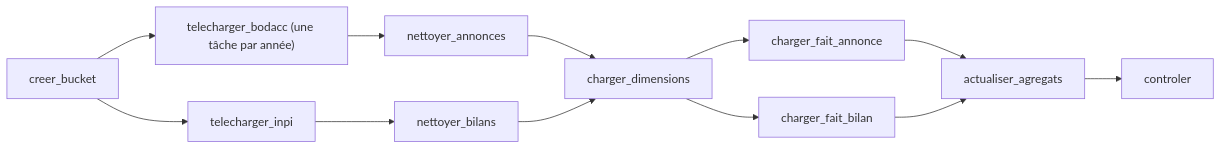
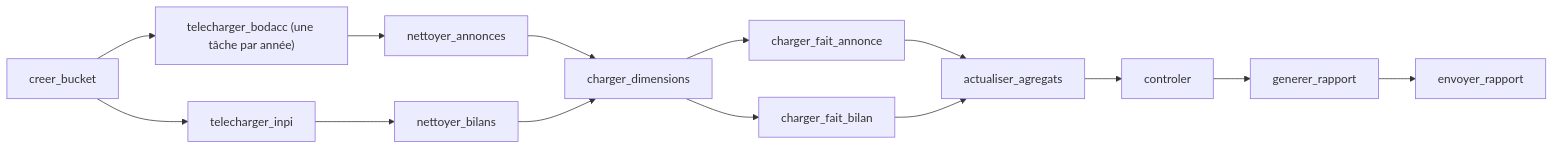
The second of 4 diagrams in exercice-3/README.md (DavidCarry/Processus-decisionnel-et-modeles-de-donnees), drawn with Mermaid before and after one commit. The commit also changed other lines of this file and 6 other files, not shown here.

Commit message:
feat(exercice-3): générer chaque semaine un rapport PDF et l'envoyer par email depuis le DAG

````diff
--- a/exercice-3/README.md
+++ b/exercice-3/README.md
@@ -74,9 +83,9 @@
 ```mermaid
 flowchart LR
     CB[creer_bucket] --> TB["telecharger_bodacc (une tâche par année)"] & TI[telecharger_inpi]
     TB --> NA[nettoyer_annonces]
     TI --> NB[nettoyer_bilans]
     NA & NB --> CD[charger_dimensions]
     CD --> FA[charger_fait_annonce] & FB[charger_fait_bilan]
-    FA & FB --> AG[actualiser_agregats] --> CT[controler]
+    FA & FB --> AG[actualiser_agregats] --> CT[controler] --> GR[generer_rapport] --> ER[envoyer_rapport]
 ```
````
